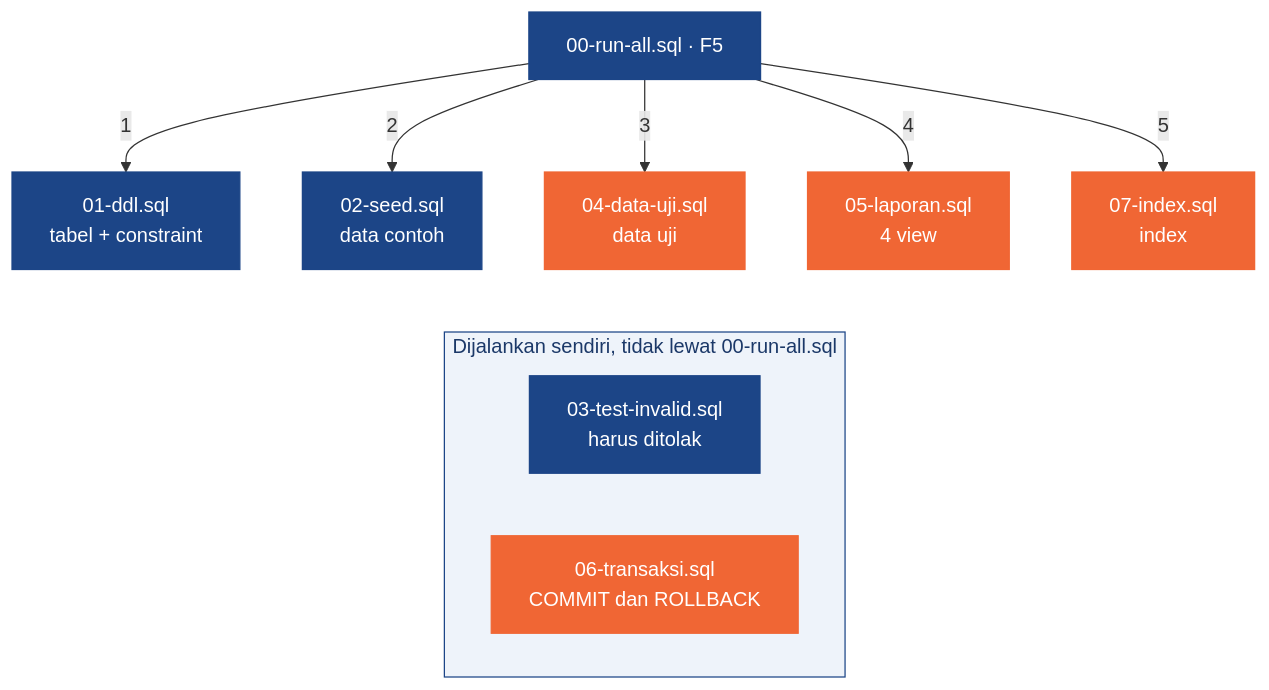
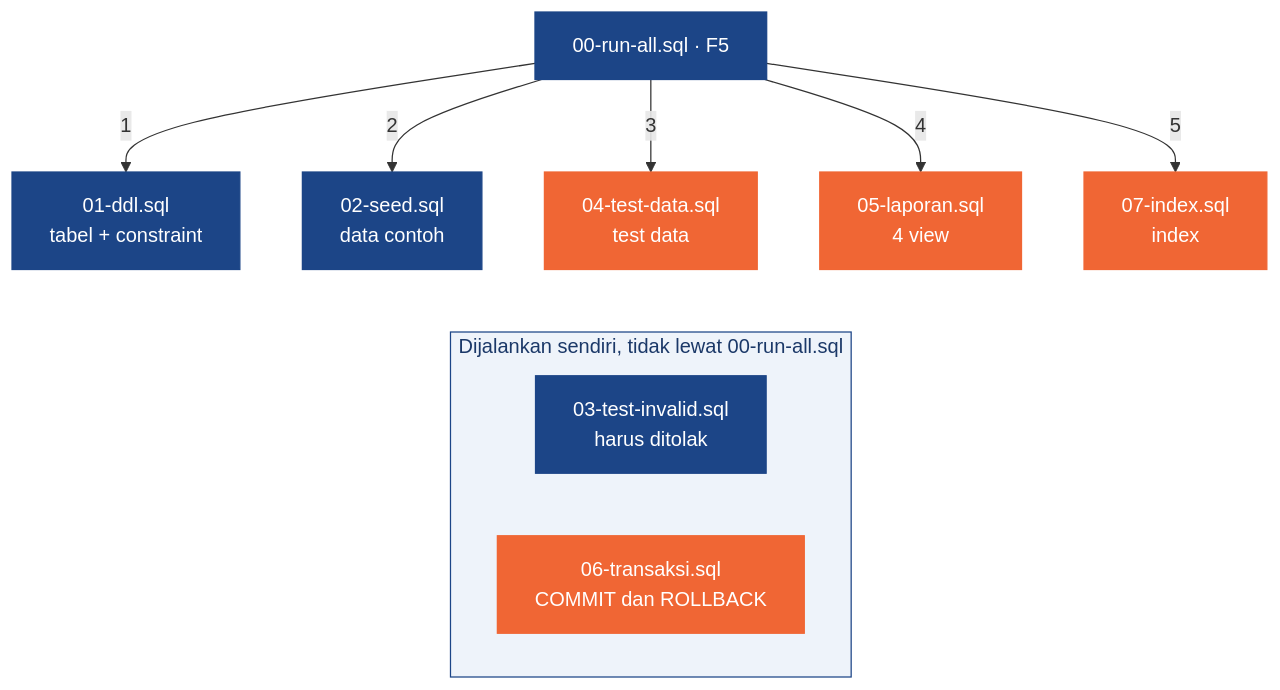
The diagram in lab/README.md (odp-it/dev-sesi-23), drawn with Mermaid before and after one commit. The commit also changed other lines of this file and 8 other files, not shown here.

````diff
--- a/lab/README.md
+++ b/lab/README.md
@@ -31,29 +31,29 @@
 ```mermaid
 ---
 config:
   look: classic
   flowchart:
     wrappingWidth: 260
 ---
 flowchart TB
   run["00-run-all.sql · F5"]
   run -->|1| f01["01-ddl.sql<br/>tabel + constraint"]
   run -->|2| f02["02-seed.sql<br/>data contoh"]
-  run -->|3| f04["04-data-uji.sql<br/>data uji"]
+  run -->|3| f04["04-test-data.sql<br/>test data"]
   run -->|4| f05["05-laporan.sql<br/>4 view"]
   run -->|5| f07["07-index.sql<br/>index"]
   subgraph sendiri["Dijalankan sendiri, tidak lewat 00-run-all.sql"]
     f03["03-test-invalid.sql<br/>harus ditolak"]
     f06["06-transaksi.sql<br/>COMMIT dan ROLLBACK"]
   end
   f04 ~~~ sendiri
   style sendiri fill:#EEF3FA,stroke:#1C4587,color:#1B3868
   style run fill:#1C4587,color:#fff,stroke:#1C4587
   style f01 fill:#1C4587,color:#fff,stroke:#1C4587
   style f02 fill:#1C4587,color:#fff,stroke:#1C4587
   style f04 fill:#F06634,color:#fff,stroke:#F06634
   style f05 fill:#F06634,color:#fff,stroke:#F06634
   style f07 fill:#F06634,color:#fff,stroke:#F06634
   style f03 fill:#1C4587,color:#fff,stroke:#1C4587
   style f06 fill:#F06634,color:#fff,stroke:#F06634
 ```
````
